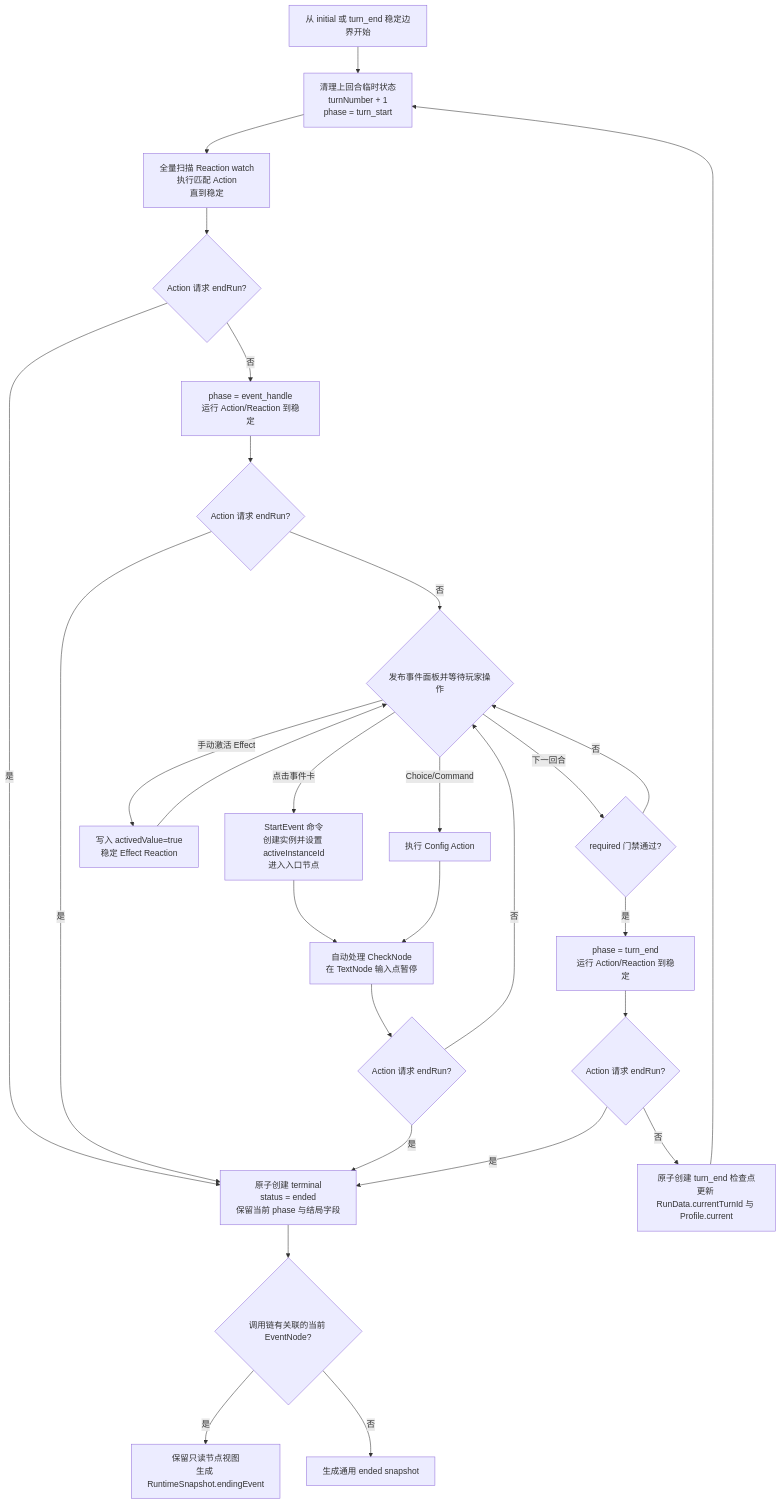
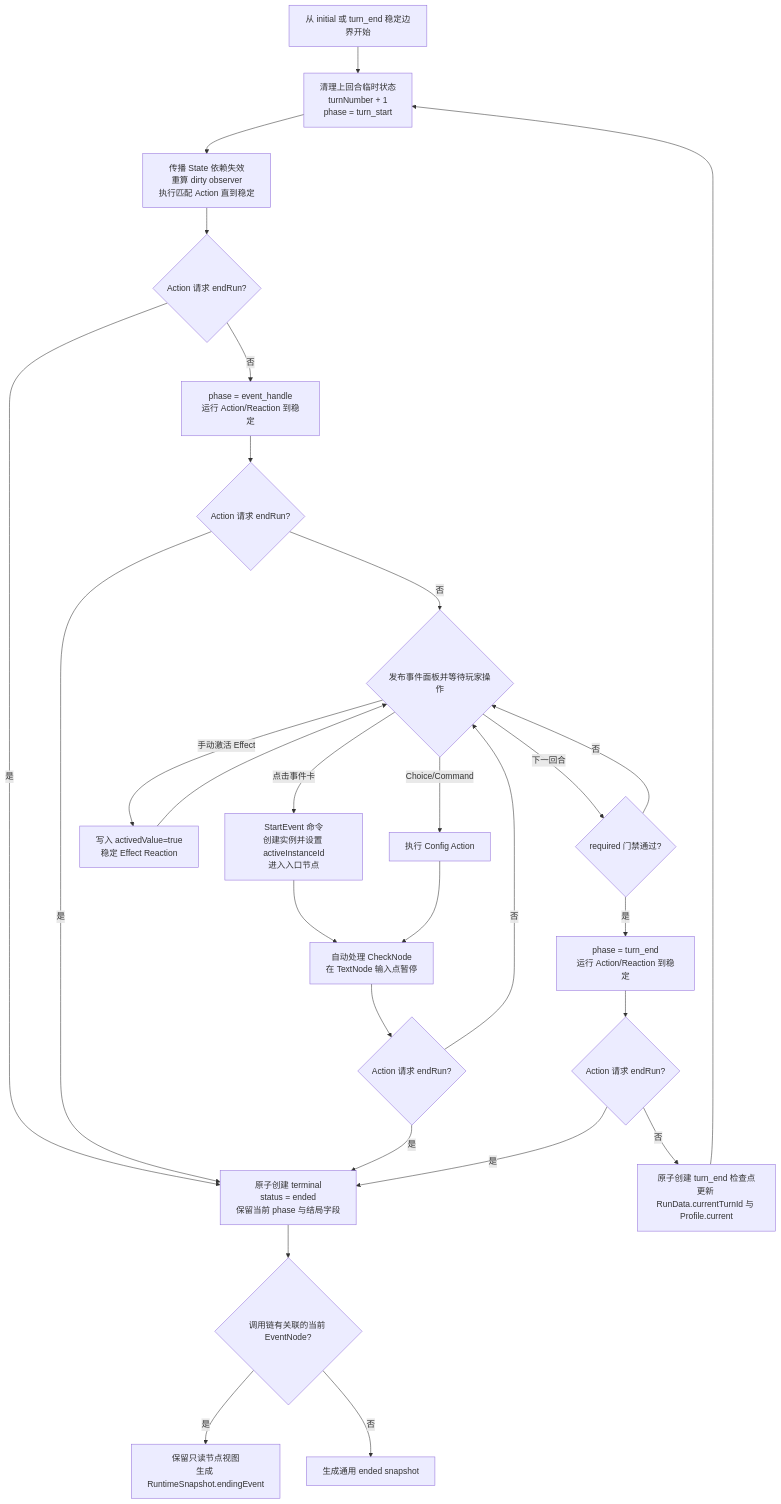
Before and after one commit to IanYet/maker-simulator: the diagram in docs/game-design/gameplay-runtime-flow.md, drawn with Mermaid. The commit also changed other lines of this file and 29 other files, not shown here.

````diff
--- a/docs/game-design/gameplay-runtime-flow.md
+++ b/docs/game-design/gameplay-runtime-flow.md
@@ -282,30 +282,30 @@
 ```mermaid
 flowchart TD
     A[从 initial 或 turn_end 稳定边界开始] --> B[清理上回合临时状态<br/>turnNumber + 1<br/>phase = turn_start]
-    B --> C[全量扫描 Reaction watch<br/>执行匹配 Action<br/>直到稳定]
+    B --> C[传播 State 依赖失效<br/>重算 dirty observer<br/>执行匹配 Action 直到稳定]
     C --> D{Action 请求 endRun?}
     D -- 是 --> Z[原子创建 terminal<br/>status = ended<br/>保留当前 phase 与结局字段]
     D -- 否 --> E[phase = event_handle<br/>运行 Action/Reaction 到稳定]
     E --> E2{Action 请求 endRun?}
     E2 -- 是 --> Z
     E2 -- 否 --> F{发布事件面板并等待玩家操作}
     F -- 点击事件卡 --> G[StartEvent 命令<br/>创建实例并设置 activeInstanceId<br/>进入入口节点]
     F -- Choice/Command --> H[执行 Config Action]
     F -- 手动激活 Effect --> H2[写入 activedValue=true<br/>稳定 Effect Reaction]
     H2 --> F
     F -- 下一回合 --> I{required 门禁通过?}
     I -- 否 --> F
     I -- 是 --> J[phase = turn_end<br/>运行 Action/Reaction 到稳定]
     G --> K[自动处理 CheckNode<br/>在 TextNode 输入点暂停]
     H --> K
     K --> L{Action 请求 endRun?}
     L -- 是 --> Z
     L -- 否 --> F
     J --> M{Action 请求 endRun?}
     M -- 是 --> Z
     M -- 否 --> N[原子创建 turn_end 检查点<br/>更新 RunData.currentTurnId 与 Profile.current]
     N --> B
     Z --> O{调用链有关联的当前 EventNode?}
     O -- 是 --> P[保留只读节点视图<br/>生成 RuntimeSnapshot.endingEvent]
     O -- 否 --> Q[生成通用 ended snapshot]
 ```
````
